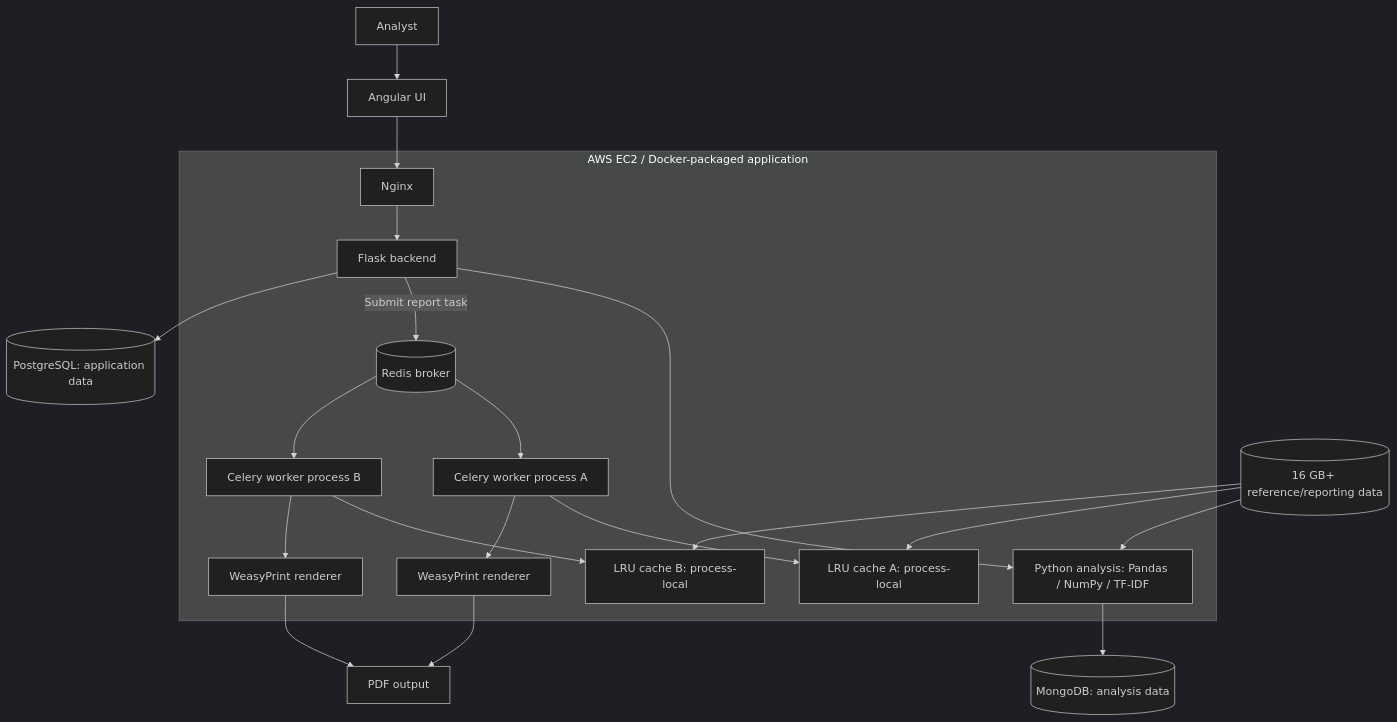
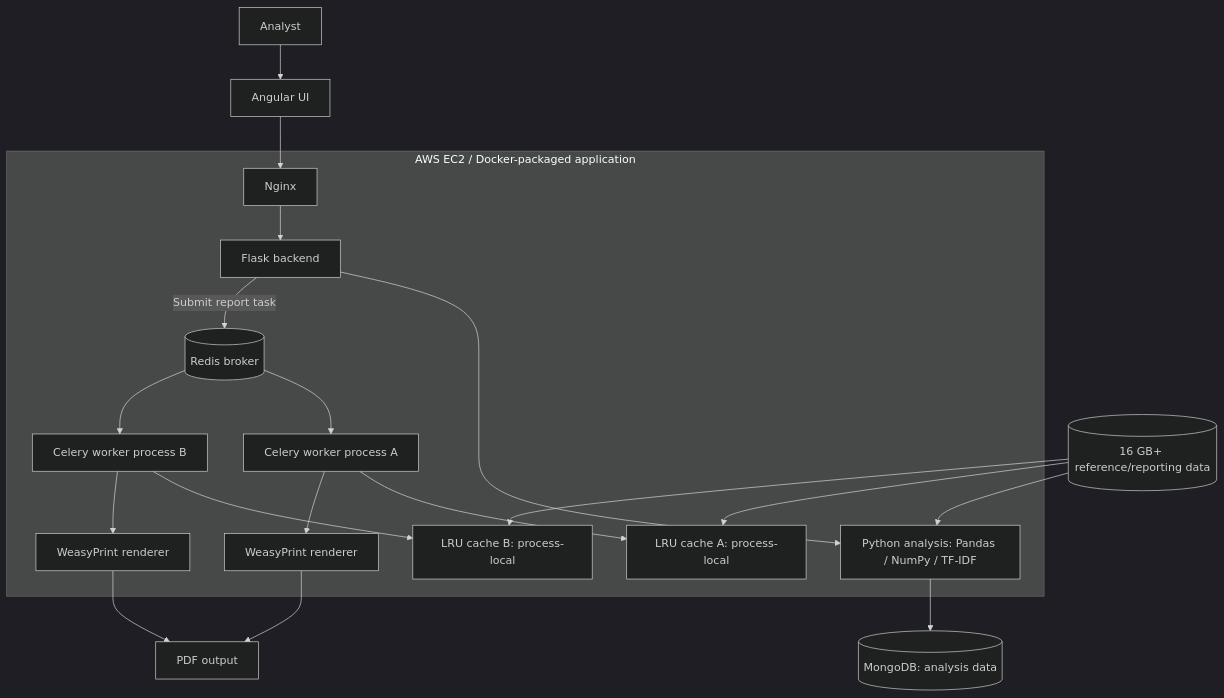
Before and after one commit to MerinRose123/InterviewPrep: the first of 4 diagrams in Projects/Gordian/02_Architecture_and_Data_Flow.md, drawn with Mermaid (dark theme).

Commit message:
Correct Gordian persistence to MongoDB only

````diff
--- a/Projects/Gordian/02_Architecture_and_Data_Flow.md
+++ b/Projects/Gordian/02_Architecture_and_Data_Flow.md
@@ -9,23 +9,22 @@
 ```mermaid
 flowchart TB
   USER[Analyst] --> UI[Angular UI]
   UI --> NX[Nginx]
   subgraph EC2[AWS EC2 / Docker-packaged application]
     NX --> API[Flask backend]
     API --> ANALYSIS[Python analysis: Pandas / NumPy / TF-IDF]
     API -->|Submit report task| REDIS[(Redis broker)]
     REDIS --> W1[Celery worker process A]
     REDIS --> W2[Celery worker process B]
     W1 --> C1[LRU cache A: process-local]
     W2 --> C2[LRU cache B: process-local]
     W1 --> PDF1[WeasyPrint renderer]
     W2 --> PDF2[WeasyPrint renderer]
   end
   INPUT[(16 GB+ reference/reporting data)] --> ANALYSIS
   INPUT --> C1
   INPUT --> C2
   ANALYSIS --> MONGO[(MongoDB: analysis data)]
-  API --> PG[(PostgreSQL: application data)]
   PDF1 --> OUT[PDF output]
   PDF2 --> OUT
 ```
````
